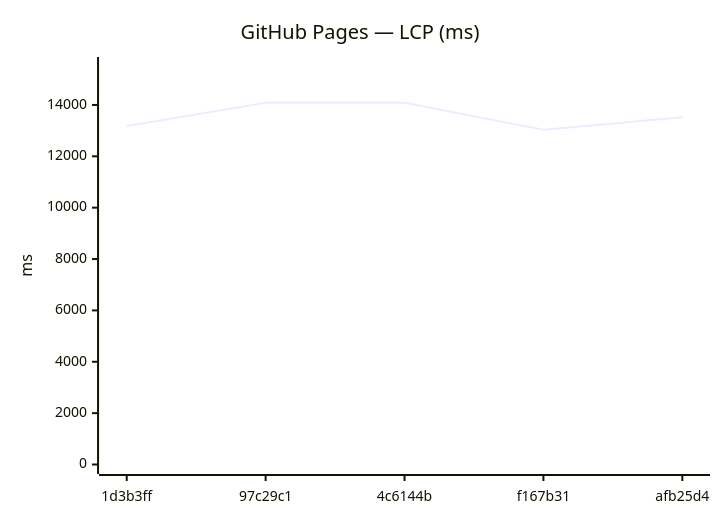
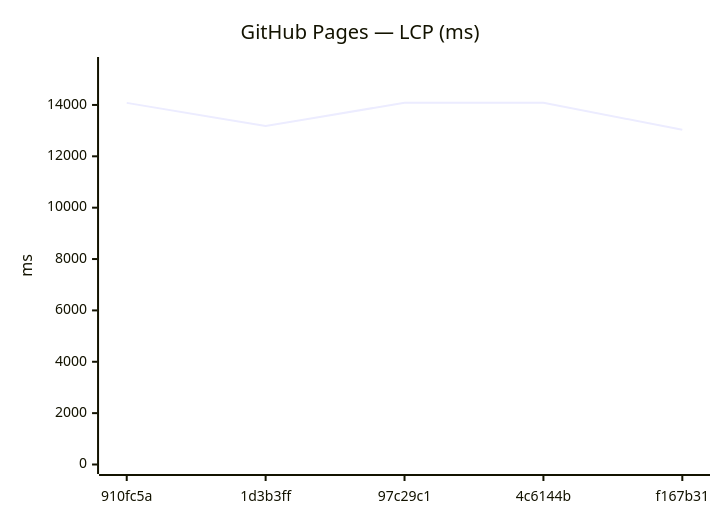
The ninth of 18 diagrams in benchmarks/compare.md (Metaheurist/Rianell), drawn with Mermaid before and after one commit. The commit also changed other lines of this file and 11 other files, not shown here.

````diff
--- a/benchmarks/compare.md
+++ b/benchmarks/compare.md
@@ -142,7 +142,7 @@
 ```mermaid
 xychart-beta
     title "GitHub Pages — LCP (ms)"
-    x-axis ["1d3b3ff", "97c29c1", "4c6144b", "f167b31", "afb25d4"]
+    x-axis ["910fc5a", "1d3b3ff", "97c29c1", "4c6144b", "f167b31"]
     y-axis "ms" 0 --> 15497
-    line [13177, 14085, 14088, 13032, 13521]
+    line [14081, 13177, 14085, 14088, 13032]
 ```
````
